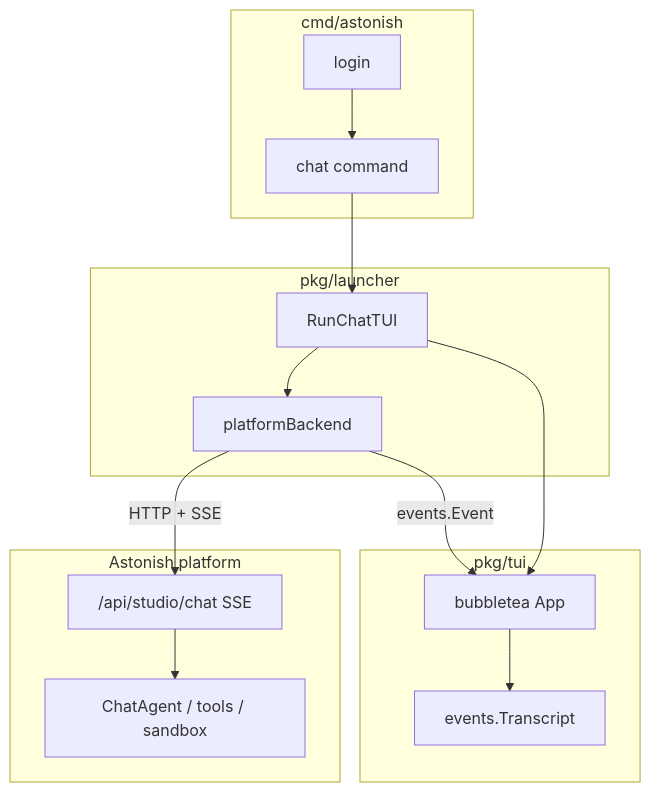
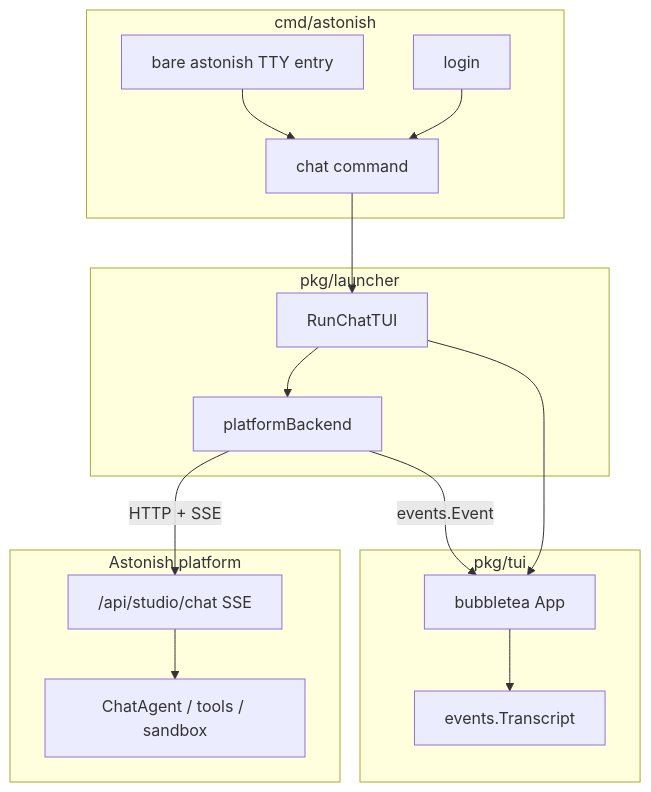
The diagram in docs/architecture/terminal-app.md (SAP/astonish), drawn with Mermaid before and after one commit. The commit also changed other lines of this file and 9 other files, not shown here.

Commit message:
Add terminal chat entry and file mentions

````diff
--- a/docs/architecture/terminal-app.md
+++ b/docs/architecture/terminal-app.md
@@ -14,27 +13,29 @@
 ```mermaid
 flowchart TB
   subgraph cmd [cmd/astonish]
+    bare[bare astonish TTY entry]
     chat[chat command]
     login[login]
   end
   subgraph launcher [pkg/launcher]
     RunTUI[RunChatTUI]
     PlatformBE[platformBackend]
   end
   subgraph tui [pkg/tui]
     App[bubbletea App]
     Events[events.Transcript]
   end
   subgraph platform [Astonish platform]
     API["/api/studio/chat SSE"]
     Agent[ChatAgent / tools / sandbox]
   end
   login --> chat
+  bare --> chat
   chat --> RunTUI
   RunTUI --> PlatformBE
   RunTUI --> App
   PlatformBE -->|HTTP + SSE| API
   API --> Agent
   PlatformBE -->|events.Event| App
   App --> Events
 ```
````
